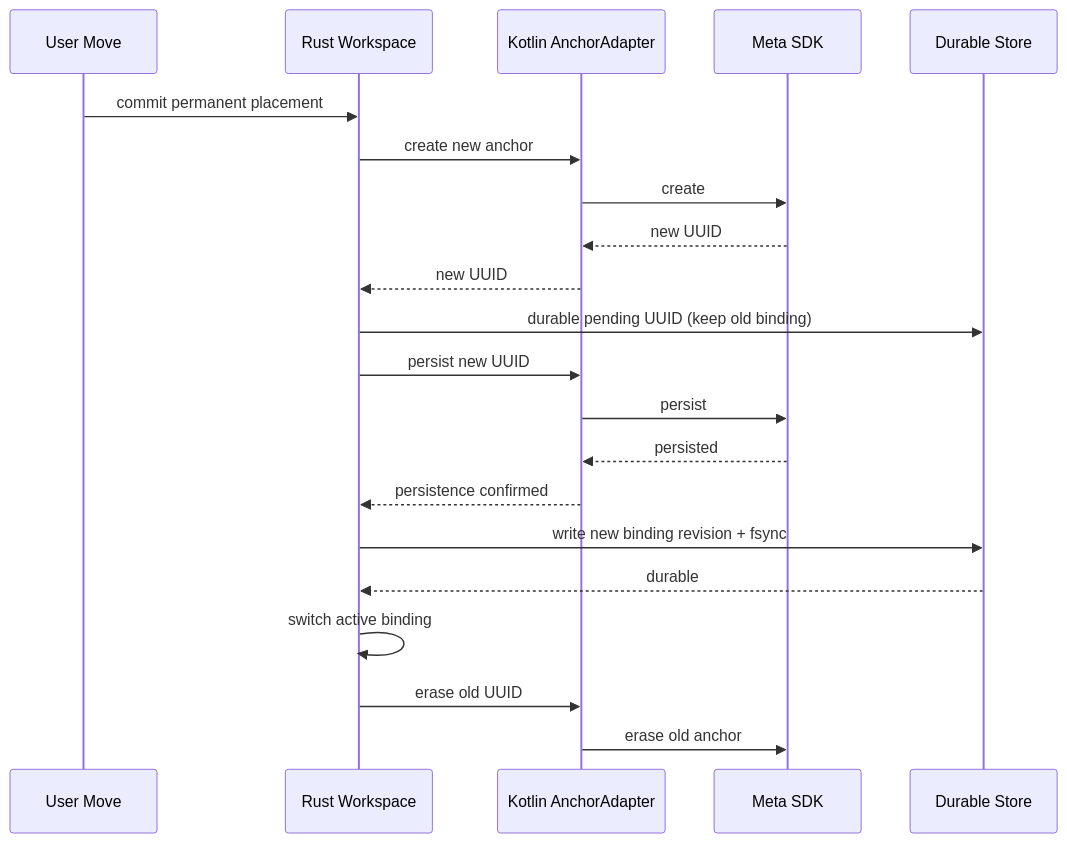
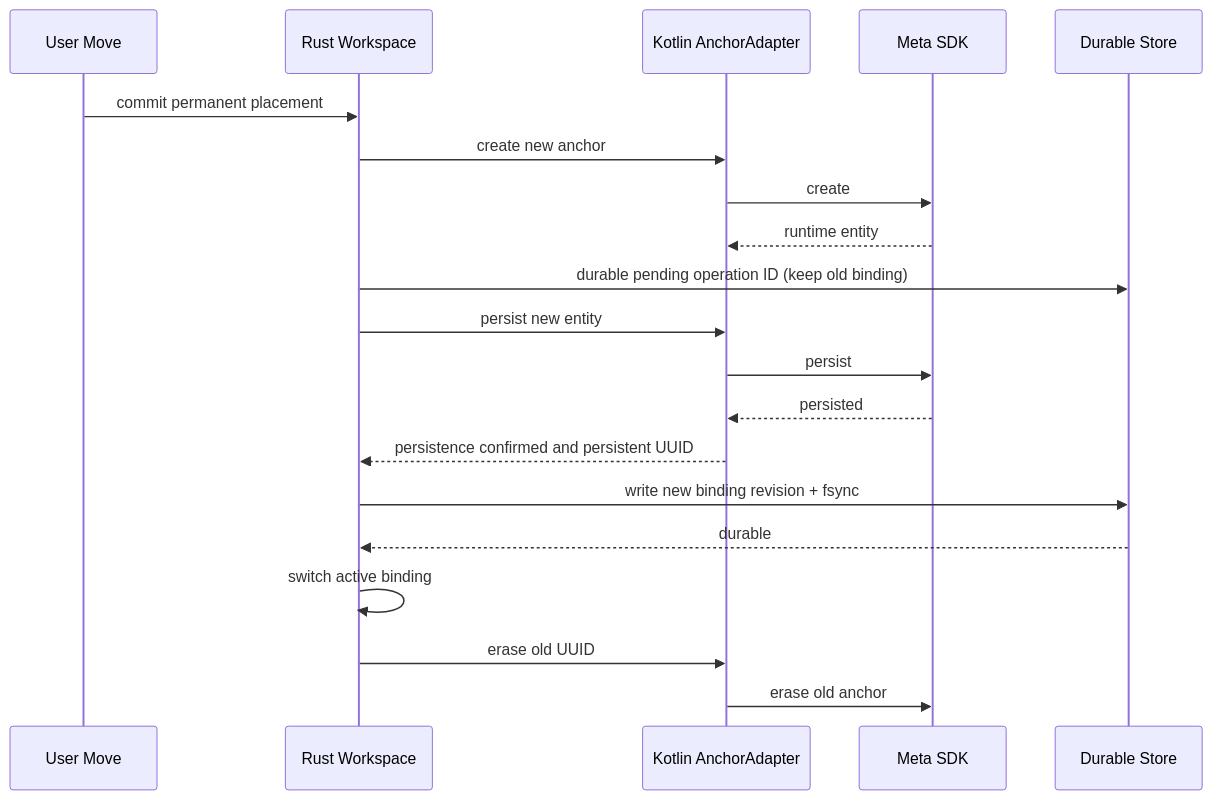
Before and after one commit to tin-machine/eidolon-wayland: the seventh of 9 diagrams in docs/features/spatial-anchor/spatial-anchor-linux-design-20261111.md, drawn with Mermaid. The commit also changed other lines of this file, not shown here.

```diff
--- a/docs/features/spatial-anchor/spatial-anchor-linux-design-20261111.md
+++ b/docs/features/spatial-anchor/spatial-anchor-linux-design-20261111.md
@@ -959,24 +959,23 @@
 ~~~mermaid
 sequenceDiagram
     participant UI as User Move
     participant Core as Rust Workspace
     participant KA as Kotlin AnchorAdapter
     participant Meta as Meta SDK
     participant Store as Durable Store
 
     UI->>Core: commit permanent placement
     Core->>KA: create new anchor
     KA->>Meta: create
-    Meta-->>KA: new UUID
-    KA-->>Core: new UUID
-    Core->>Store: durable pending UUID (keep old binding)
-    Core->>KA: persist new UUID
+    Meta-->>KA: runtime entity
+    Core->>Store: durable pending operation ID (keep old binding)
+    Core->>KA: persist new entity
     KA->>Meta: persist
     Meta-->>KA: persisted
-    KA-->>Core: persistence confirmed
+    KA-->>Core: persistence confirmed and persistent UUID
     Core->>Store: write new binding revision + fsync
     Store-->>Core: durable
     Core->>Core: switch active binding
     Core->>KA: erase old UUID
     KA->>Meta: erase old anchor
 ~~~
```
